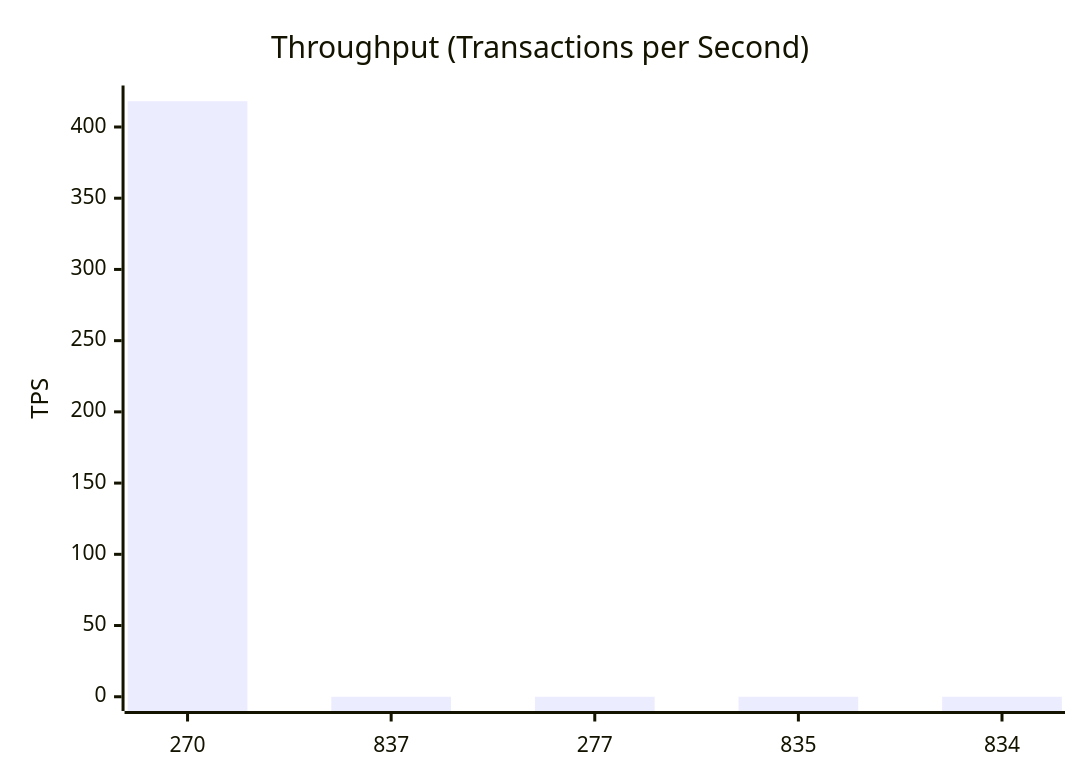
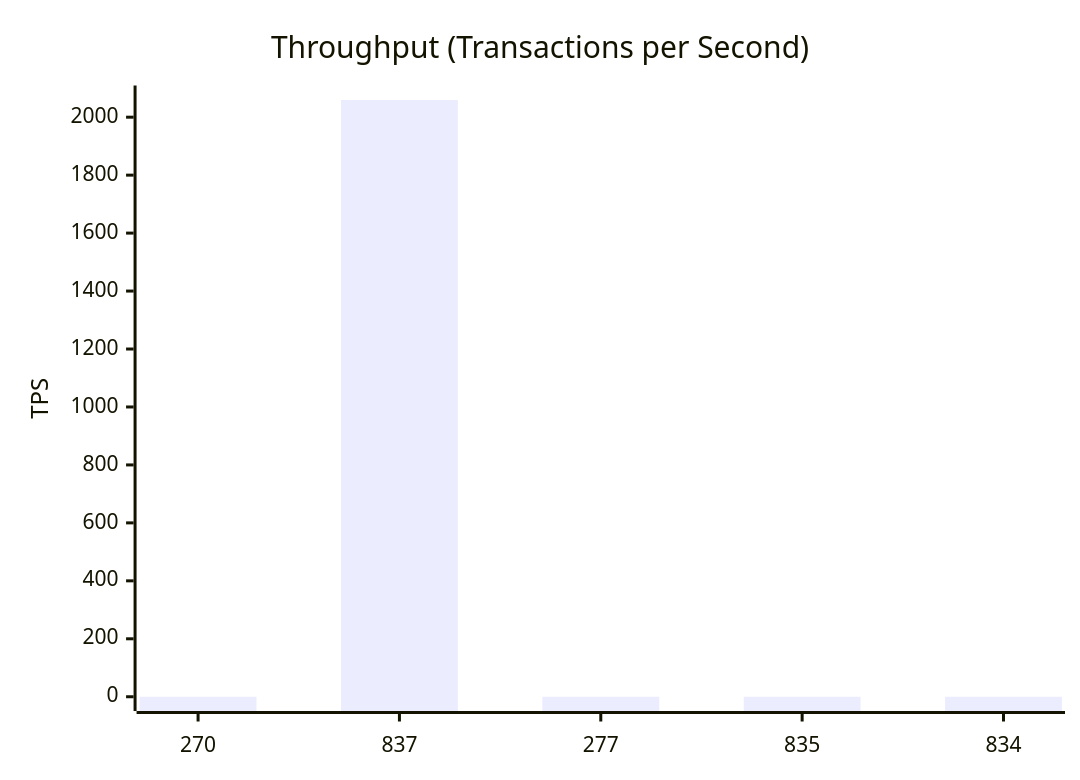
Before and after one commit to dhagan-va/intern-2025: the third of 11 diagrams in test-tools/DataGen/src/Statistics_Visualizer.md, drawn with Mermaid. The commit also changed other lines of this file and 3 other files, not shown here.

````diff
--- a/test-tools/DataGen/src/Statistics_Visualizer.md
+++ b/test-tools/DataGen/src/Statistics_Visualizer.md
@@ -40,7 +40,7 @@
 ```mermaid
 xychart-beta
     title "Throughput (Transactions per Second)"
     x-axis ["270", "837", "277", "835", "834"]
-    y-axis "TPS" 0 --> 419.1301220939957
-    bar [418.1301220939957, 0.0, 0.0, 0.0, 0.0]
+    y-axis "TPS" 0 --> 2060.1869153380007
+    bar [0.0, 2059.1869153380007, 0.0, 0.0, 0.0]
 ```
````
